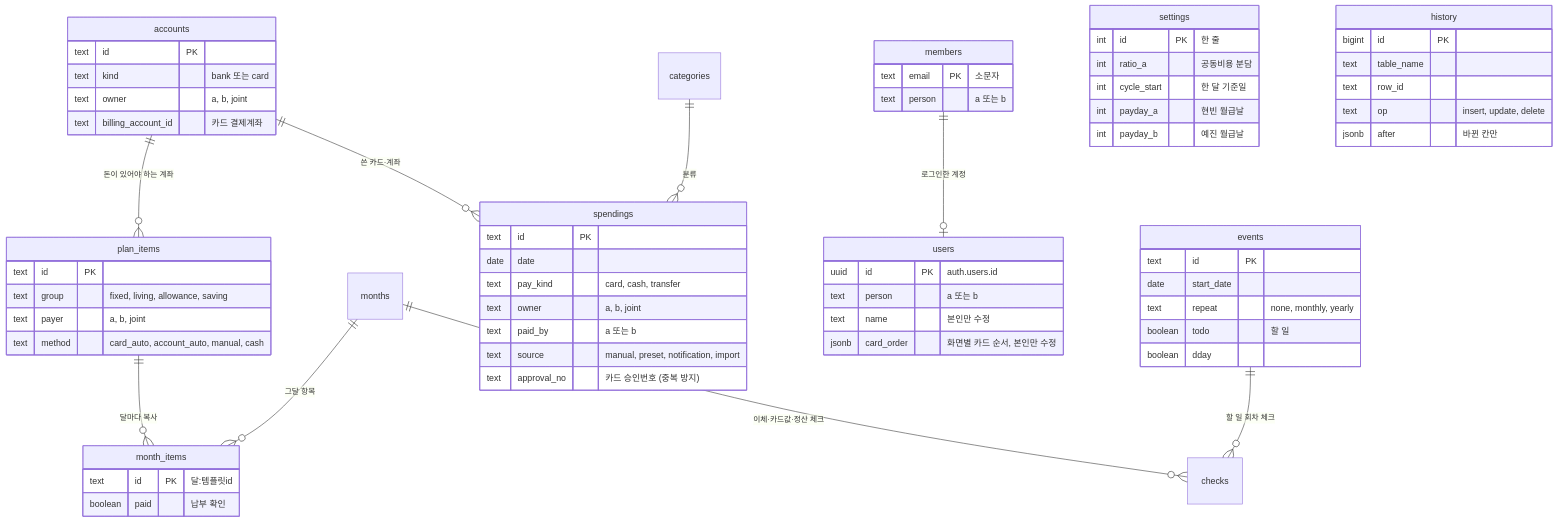
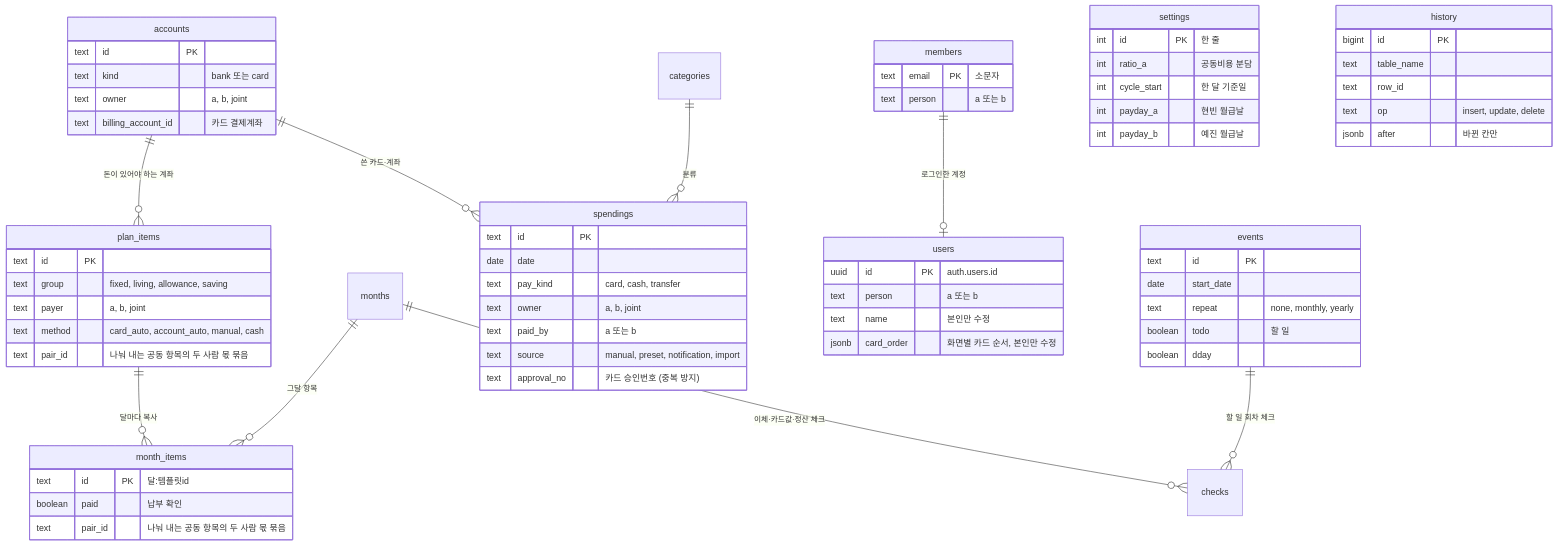
One commit to jojaden/our-money changed the second of 2 diagrams in docs/ARCHITECTURE.md. Above: the diagram before and after it, drawn with Mermaid. The commit also changed other lines of this file and 15 other files, not shown here.

````diff
--- a/docs/ARCHITECTURE.md
+++ b/docs/ARCHITECTURE.md
@@ -120,67 +120,69 @@
 ```mermaid
 erDiagram
   plan_items ||--o{ month_items : "달마다 복사"
   months ||--o{ month_items : "그달 항목"
   months ||--o{ checks : "이체·카드값·정산 체크"
   accounts ||--o{ plan_items : "돈이 있어야 하는 계좌"
   accounts ||--o{ spendings : "쓴 카드·계좌"
   categories ||--o{ spendings : "분류"
   members ||--o| users : "로그인한 계정"
   events ||--o{ checks : "할 일 회차 체크"
   members {
     text email PK "소문자"
     text person "a 또는 b"
   }
   users {
     uuid id PK "auth.users.id"
     text person "a 또는 b"
     text name "본인만 수정"
     jsonb card_order "화면별 카드 순서, 본인만 수정"
   }
   settings {
     int id PK "한 줄"
     int ratio_a "공동비용 분담"
     int cycle_start "한 달 기준일"
     int payday_a "현빈 월급날"
     int payday_b "예진 월급날"
   }
   accounts {
     text id PK
     text kind "bank 또는 card"
     text owner "a, b, joint"
     text billing_account_id "카드 결제계좌"
   }
   plan_items {
     text id PK
     text group "fixed, living, allowance, saving"
     text payer "a, b, joint"
     text method "card_auto, account_auto, manual, cash"
+    text pair_id "나눠 내는 공동 항목의 두 사람 몫 묶음"
   }
   month_items {
     text id PK "달:템플릿id"
     boolean paid "납부 확인"
+    text pair_id "나눠 내는 공동 항목의 두 사람 몫 묶음"
   }
   spendings {
     text id PK
     date date
     text pay_kind "card, cash, transfer"
     text owner "a, b, joint"
     text paid_by "a 또는 b"
     text source "manual, preset, notification, import"
     text approval_no "카드 승인번호 (중복 방지)"
   }
   events {
     text id PK
     date start_date
     text repeat "none, monthly, yearly"
     boolean todo "할 일"
     boolean dday
   }
   history {
     bigint id PK
     text table_name
     text row_id
     text op "insert, update, delete"
     jsonb after "바뀐 칸만"
   }
 ```
````
